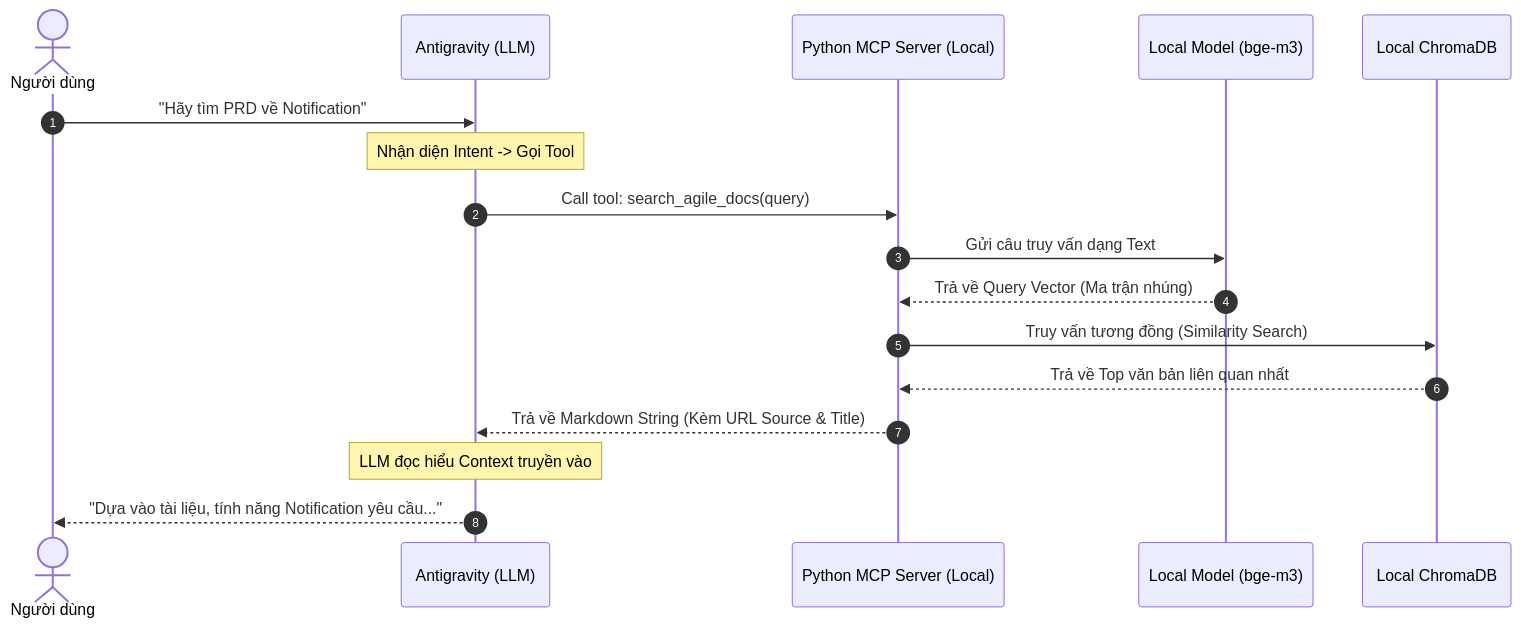
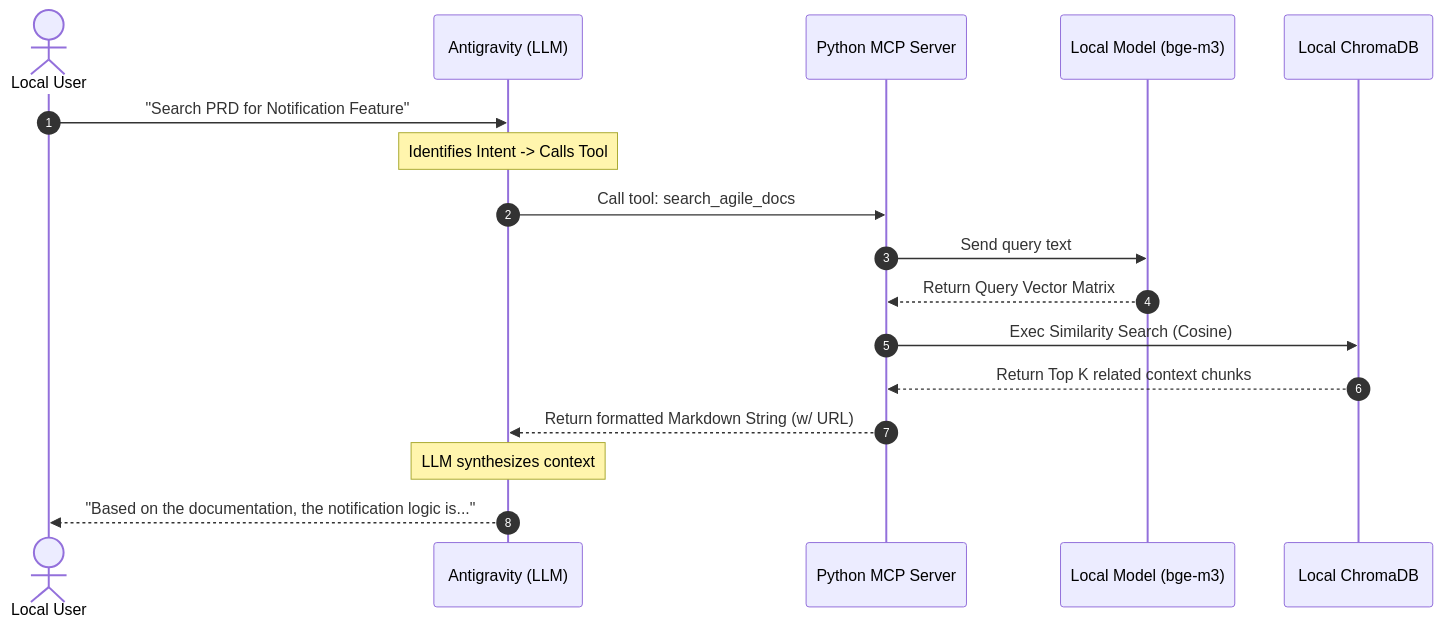
The fourth of 4 diagrams in README.md (cachep-xidau/MCP-server), drawn with Mermaid before and after one commit. The commit also changed other lines of this file, not shown here.

Commit message:
docs: fix Mermaid render errors and translate sequence flow to standard English

````diff
--- a/README.md
+++ b/README.md
@@ -89,20 +89,20 @@
 ```mermaid
 sequenceDiagram
     autonumber
-    actor User as Người dùng
+    actor User as Local User
     participant AI as Antigravity (LLM)
-    participant MCP as Python MCP Server (Local)
+    participant MCP as Python MCP Server
     participant LB_Model as Local Model (bge-m3)
     participant DB as Local ChromaDB
     
-    User->>AI: "Hãy tìm PRD về Notification"
-    Note over AI: Nhận diện Intent -> Gọi Tool
-    AI->>MCP: Call tool: search_agile_docs(query)
-    MCP->>LB_Model: Gửi câu truy vấn dạng Text
-    LB_Model-->>MCP: Trả về Query Vector (Ma trận nhúng)
-    MCP->>DB: Truy vấn tương đồng (Similarity Search)
-    DB-->>MCP: Trả về Top văn bản liên quan nhất
-    MCP-->>AI: Trả về Markdown String (Kèm URL Source & Title)
-    Note over AI: LLM đọc hiểu Context truyền vào
-    AI-->>User: "Dựa vào tài liệu, tính năng Notification yêu cầu..."
+    User->>AI: "Search PRD for Notification Feature"
+    Note over AI: Identifies Intent -> Calls Tool
+    AI->>MCP: Call tool: search_agile_docs
+    MCP->>LB_Model: Send query text
+    LB_Model-->>MCP: Return Query Vector Matrix
+    MCP->>DB: Exec Similarity Search (Cosine)
+    DB-->>MCP: Return Top K related context chunks
+    MCP-->>AI: Return formatted Markdown String (w/ URL)
+    Note over AI: LLM synthesizes context
+    AI-->>User: "Based on the documentation, the notification logic is..."
 ```
````
